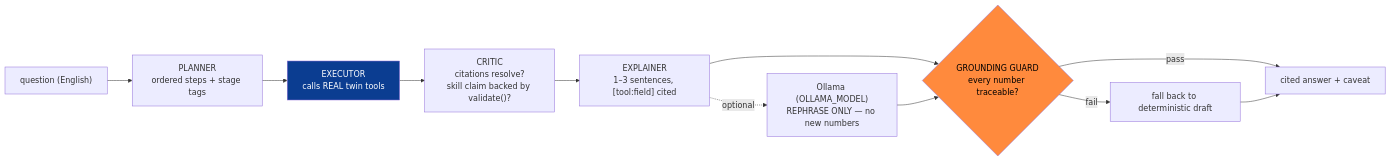
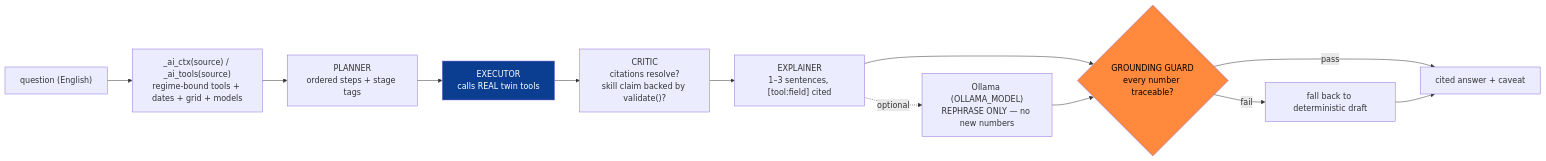
Before and after one commit to ayushap18/climatwin-india: the fourth of 5 diagrams in docs/architecture.md, drawn with Mermaid. The commit also changed other lines of this file and 9 other files, not shown here.

First line of the commit message:
docs: document the INSAT-3D/MOSDAC real-data regime, 3D terrain, and source-aware twin

````diff
--- a/docs/architecture.md
+++ b/docs/architecture.md
@@ -174,17 +254,18 @@
 ```mermaid
 flowchart LR
-    Q["question (English)"] --> PL["PLANNER<br/>ordered steps + stage tags"]
+    Q["question (English)"] --> CTX["_ai_ctx(source) / _ai_tools(source)<br/>regime-bound tools + dates + grid + models"]
+    CTX --> PL["PLANNER<br/>ordered steps + stage tags"]
     PL --> EX["EXECUTOR<br/>calls REAL twin tools"]
     EX --> CR["CRITIC<br/>citations resolve?<br/>skill claim backed by validate()?"]
     CR --> EXP["EXPLAINER<br/>1–3 sentences, [tool:field] cited"]
     EXP --> GD{"GROUNDING GUARD<br/>every number traceable?"}
     GD -->|pass| ANS["cited answer + caveat"]
     GD -->|fail| DRAFT["fall back to deterministic draft"]
     DRAFT --> ANS
 
     EXP -. optional .-> LLM["Ollama (OLLAMA_MODEL)<br/>REPHRASE ONLY — no new numbers"]
     LLM --> GD
 
     style GD fill:#ff8a3d,color:#000
     style EX fill:#0b3d91,color:#fff
 ```
````
